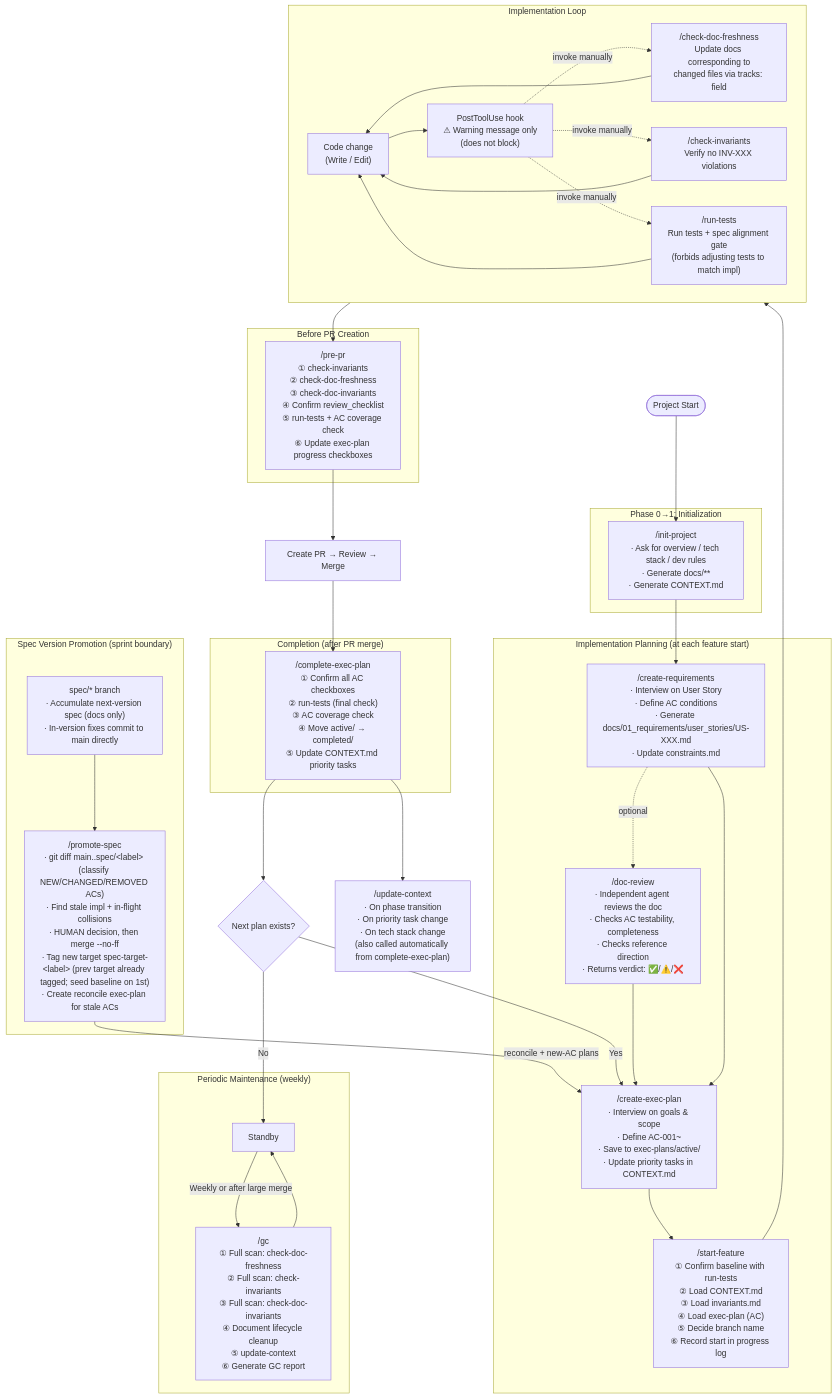
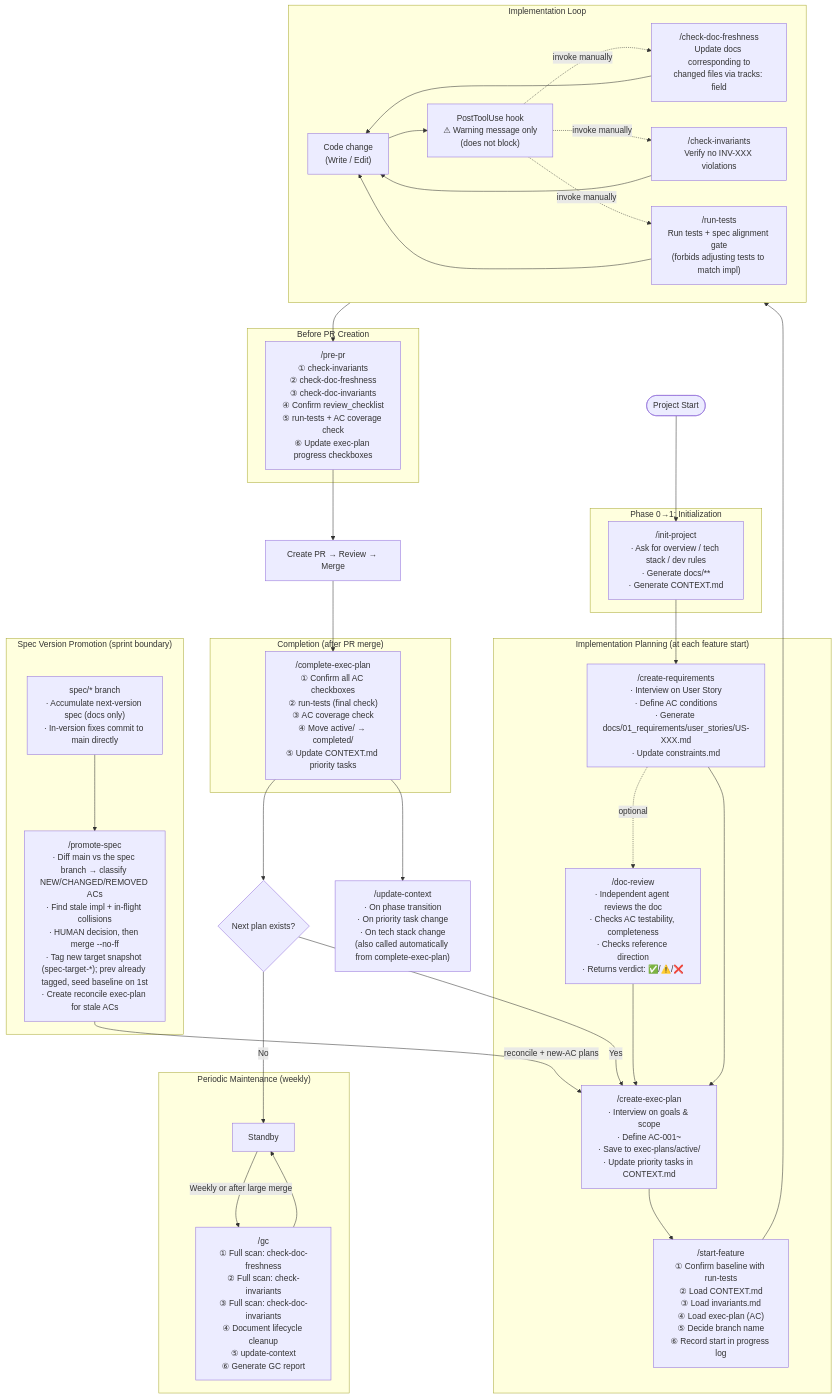
One commit to aki-senri/DocDDTemplate changed the first of 2 diagrams in SKILL_FLOW.md. Above: the diagram before and after it, drawn with Mermaid. The commit also changed 2 other files, not shown here.

Commit message:
fix: Copilot レビュー（4回目）— 実害のある3件に対応、1件は false positive で対象外
DocDD フロー適合と「問題になり得るか」で選別。

- gc backstop（実質的ロジック修正）: 「defining US は DOC-INV-004 で存在保証」は
  誤り（DOC-INV-004 は active/ のみ対象で completed/ は対象外）。記述を訂正し、
  US が見つからない場合（＝AC が後の不備修正で削除/改名された drift ケース）の
  扱いを追加。backstop が本来拾うべき REMOVED ドリフトを正しく処理できるように。
- promote-spec タグ seed: `git tag --list` は local のみ参照のため、未 fetch だと
  remote 既存タグの上に baseline を seed して push 拒否になりうる。seed 前に
  `git fetch --tags origin` を追加。
- SKILL_FLOW.md: Mermaid ノードの &lt;label&gt; 表記を、ブラケット/エンティティを
  使わない記述に変更（描画の曖昧さ解消、クラリティ目的）。

対象外: CLAUDE.md:111 の `<label>` は既に backtick 内（code 整形済み）で正しく
描画されるため false positive。修正不要。

````diff
--- a/SKILL_FLOW.md
+++ b/SKILL_FLOW.md
@@ -5,76 +5,76 @@
 ```mermaid
 flowchart TD
     START([Project Start]) --> INIT
 
     subgraph PHASE01["Phase 0→1: Initialization"]
         INIT["/init-project\n· Ask for overview / tech stack / dev rules\n· Generate docs/**\n· Generate CONTEXT.md"]
     end
 
     INIT --> REQ
 
     subgraph PLAN_PHASE["Implementation Planning (at each feature start)"]
         REQ["/create-requirements\n· Interview on User Story\n· Define AC conditions\n· Generate docs/01_requirements/user_stories/US-XXX.md\n· Update constraints.md"]
         REQ -.->|optional| DR
         DR["/doc-review\n· Independent agent reviews the doc\n· Checks AC testability, completeness\n· Checks reference direction\n· Returns verdict: ✅/⚠️/❌"]
         DR --> PLAN
         REQ --> PLAN
         PLAN["/create-exec-plan\n· Interview on goals & scope\n· Define AC-001~\n· Save to exec-plans/active/\n· Update priority tasks in CONTEXT.md"]
         PLAN --> SF
         SF["/start-feature\n① Confirm baseline with run-tests\n② Load CONTEXT.md\n③ Load invariants.md\n④ Load exec-plan (AC)\n⑤ Decide branch name\n⑥ Record start in progress log"]
     end
 
     SF --> IMPL
 
     subgraph IMPL["Implementation Loop"]
         CODE["Code change\n(Write / Edit)"]
         HOOK["PostToolUse hook\n⚠ Warning message only\n(does not block)"]
         CDF["/check-doc-freshness\nUpdate docs corresponding to\nchanged files via tracks: field"]
         CI["/check-invariants\nVerify no INV-XXX violations"]
         RT["/run-tests\nRun tests + spec alignment gate\n(forbids adjusting tests to match impl)"]
 
         CODE --> HOOK
         HOOK -.->|invoke manually| CDF
         HOOK -.->|invoke manually| CI
         HOOK -.->|invoke manually| RT
         CDF --> CODE
         CI --> CODE
         RT --> CODE
     end
 
     IMPL --> PREPR
 
     subgraph PREPR_PHASE["Before PR Creation"]
         PREPR["/pre-pr\n① check-invariants\n② check-doc-freshness\n③ check-doc-invariants\n④ Confirm review_checklist\n⑤ run-tests + AC coverage check\n⑥ Update exec-plan progress checkboxes"]
     end
 
     PREPR --> PR
     PR["Create PR → Review → Merge"]
     PR --> COMPLETE
 
     subgraph COMPLETE_PHASE["Completion (after PR merge)"]
         COMPLETE["/complete-exec-plan\n① Confirm all AC checkboxes\n② run-tests (final check)\n③ AC coverage check\n④ Move active/ → completed/\n⑤ Update CONTEXT.md priority tasks"]
     end
 
     COMPLETE --> NEXT
     NEXT{Next plan exists?}
     NEXT -->|Yes| PLAN
     NEXT -->|No| GC_WAIT
 
     subgraph GC_PHASE["Periodic Maintenance (weekly)"]
         GC_WAIT["Standby"]
         GC["/gc\n① Full scan: check-doc-freshness\n② Full scan: check-invariants\n③ Full scan: check-doc-invariants\n④ Document lifecycle cleanup\n⑤ update-context\n⑥ Generate GC report"]
         GC_WAIT -->|Weekly or after large merge| GC
         GC --> GC_WAIT
     end
 
     subgraph SPEC_PROMO["Spec Version Promotion (sprint boundary)"]
         SPECBR["spec/* branch\n· Accumulate next-version spec (docs only)\n· In-version fixes commit to main directly"]
-        PROMO["/promote-spec\n· git diff main..spec/&lt;label&gt; (classify NEW/CHANGED/REMOVED ACs)\n· Find stale impl + in-flight collisions\n· HUMAN decision, then merge --no-ff\n· Tag new target spec-target-&lt;label&gt; (prev target already tagged; seed baseline on 1st)\n· Create reconcile exec-plan for stale ACs"]
+        PROMO["/promote-spec\n· Diff main vs the spec branch → classify NEW/CHANGED/REMOVED ACs\n· Find stale impl + in-flight collisions\n· HUMAN decision, then merge --no-ff\n· Tag new target snapshot (spec-target-*); prev already tagged, seed baseline on 1st\n· Create reconcile exec-plan for stale ACs"]
         SPECBR --> PROMO
     end
 
     PROMO -->|reconcile + new-AC plans| PLAN
 
     UC["/update-context\n· On phase transition\n· On priority task change\n· On tech stack change\n(also called automatically from complete-exec-plan)"]
     COMPLETE --> UC
 ```
````
